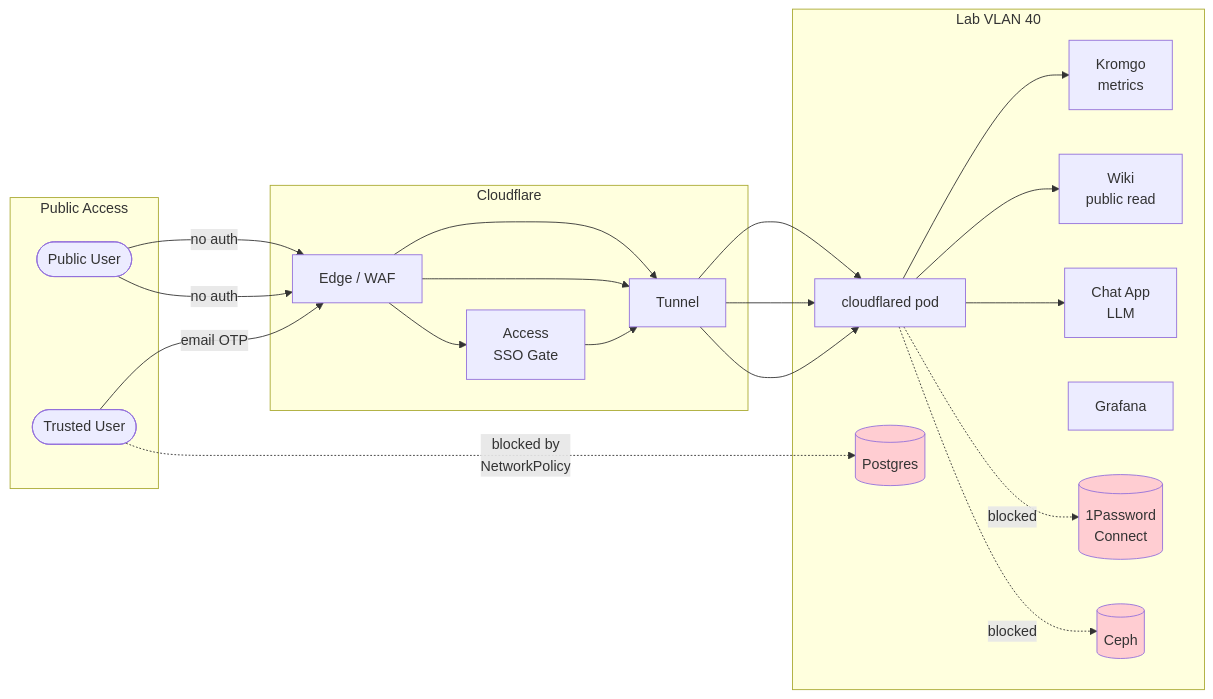
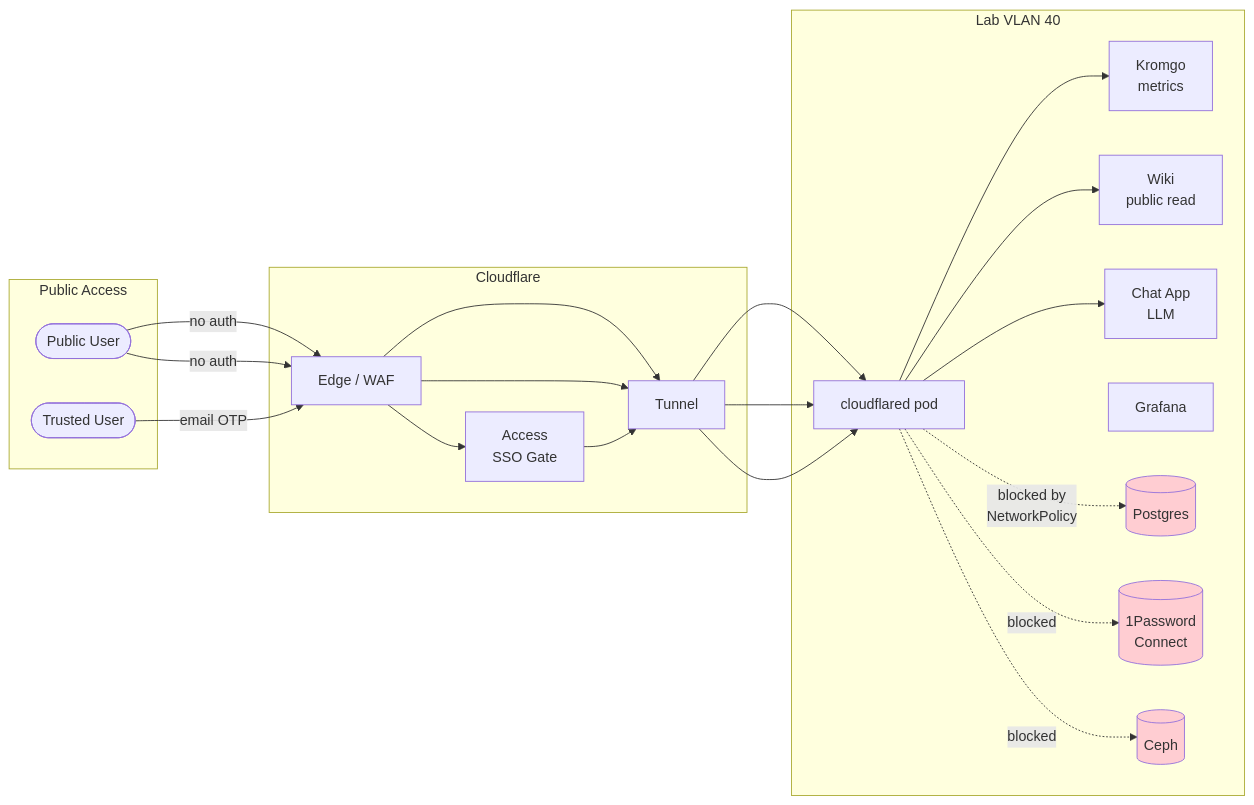
Before and after one commit to jordanhoare/garden: the second of 3 diagrams in garden/01 - Projects/Homelab/lab - Network.md, drawn with Mermaid. The commit also changed other lines of this file and 4 other files, not shown here.

````diff
--- a/garden/01 - Projects/Homelab/lab - Network.md
+++ b/garden/01 - Projects/Homelab/lab - Network.md
@@ -241,35 +253,35 @@
 ```mermaid
 flowchart LR
     subgraph Public Access
         User([Public User])
-        Partner([Trusted User])
+        Trusted([Trusted User])
     end
 
     subgraph Cloudflare
         Edge[Edge / WAF]
         Access[Access\nSSO Gate]
         Tunnel[Tunnel]
     end
 
     subgraph Lab VLAN 40
         CFD[cloudflared pod]
         Kromgo[Kromgo\nmetrics]
         Wiki[Wiki\npublic read]
         Chat[Chat App\nLLM]
         Graf[Grafana]
         PG[(Postgres)]
         Secrets[(1Password\nConnect)]
         Ceph[(Ceph)]
     end
 
     User -->|no auth| Edge --> Tunnel --> CFD --> Kromgo
     User -->|no auth| Edge --> Tunnel --> CFD --> Wiki
-    Partner -->|email OTP| Edge --> Access --> Tunnel --> CFD --> Chat
-    Partner -.->|blocked by\nNetworkPolicy| PG
+    Trusted -->|email OTP| Edge --> Access --> Tunnel --> CFD --> Chat
+    CFD -.->|blocked by\nNetworkPolicy| PG
     CFD -.->|blocked| Secrets
     CFD -.->|blocked| Ceph
 
     style PG fill:#ffcdd2
     style Secrets fill:#ffcdd2
     style Ceph fill:#ffcdd2
 ```
````
